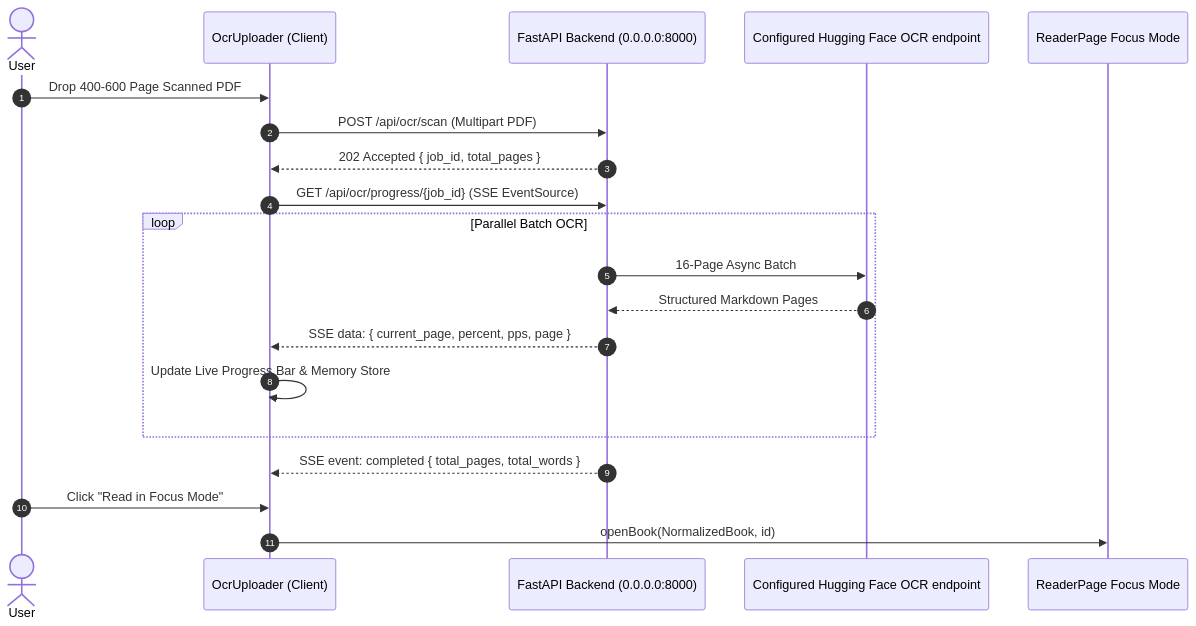
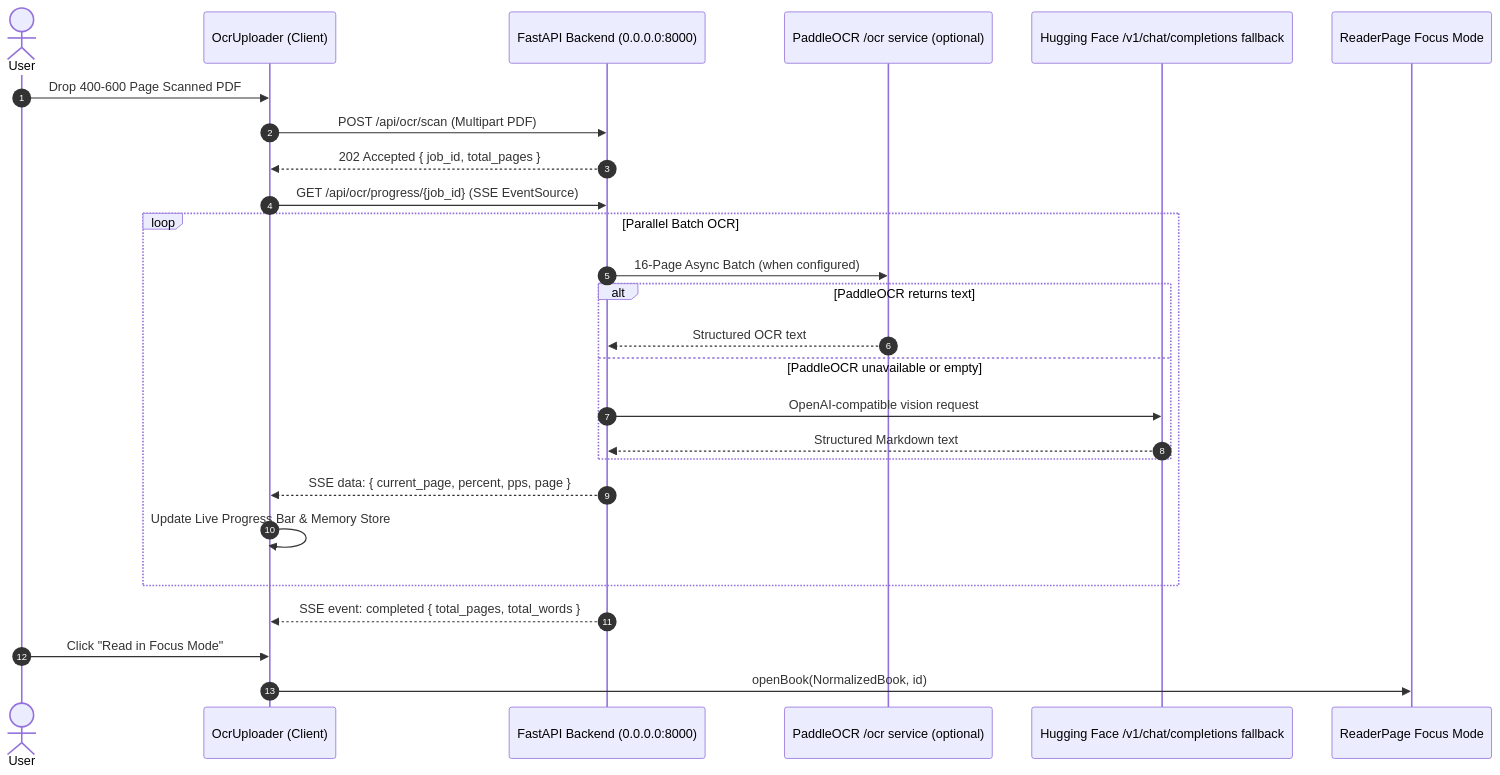
Before and after one commit to loucasty-cell/bookflow: the second of 2 diagrams in docs/frontend-workflow.md, drawn with Mermaid. The commit also changed other lines of this file and 29 other files, not shown here.

First line of the commit message:
feat: route OCR through PaddleOCR and Qwen fallback

````diff
--- a/docs/frontend-workflow.md
+++ b/docs/frontend-workflow.md
@@ -97,23 +97,29 @@
 ```mermaid
 sequenceDiagram
     autonumber
     actor User
     participant React as OcrUploader (Client)
     participant FastAPI as FastAPI Backend (0.0.0.0:8000)
-    participant Engine as Configured Hugging Face OCR endpoint
+    participant Paddle as PaddleOCR /ocr service (optional)
+    participant Engine as Hugging Face /v1/chat/completions fallback
     participant Reader as ReaderPage Focus Mode
 
     User->>React: Drop 400-600 Page Scanned PDF
     React->>FastAPI: POST /api/ocr/scan (Multipart PDF)
     FastAPI-->>React: 202 Accepted { job_id, total_pages }
     React->>FastAPI: GET /api/ocr/progress/{job_id} (SSE EventSource)
     loop Parallel Batch OCR
-        FastAPI->>Engine: 16-Page Async Batch
-        Engine-->>FastAPI: Structured Markdown Pages
+        FastAPI->>Paddle: 16-Page Async Batch (when configured)
+        alt PaddleOCR returns text
+            Paddle-->>FastAPI: Structured OCR text
+        else PaddleOCR unavailable or empty
+            FastAPI->>Engine: OpenAI-compatible vision request
+            Engine-->>FastAPI: Structured Markdown text
+        end
         FastAPI-->>React: SSE data: { current_page, percent, pps, page }
         React->>React: Update Live Progress Bar & Memory Store
     end
     FastAPI-->>React: SSE event: completed { total_pages, total_words }
     User->>React: Click "Read in Focus Mode"
     React->>Reader: openBook(NormalizedBook, id)
 ```
````
